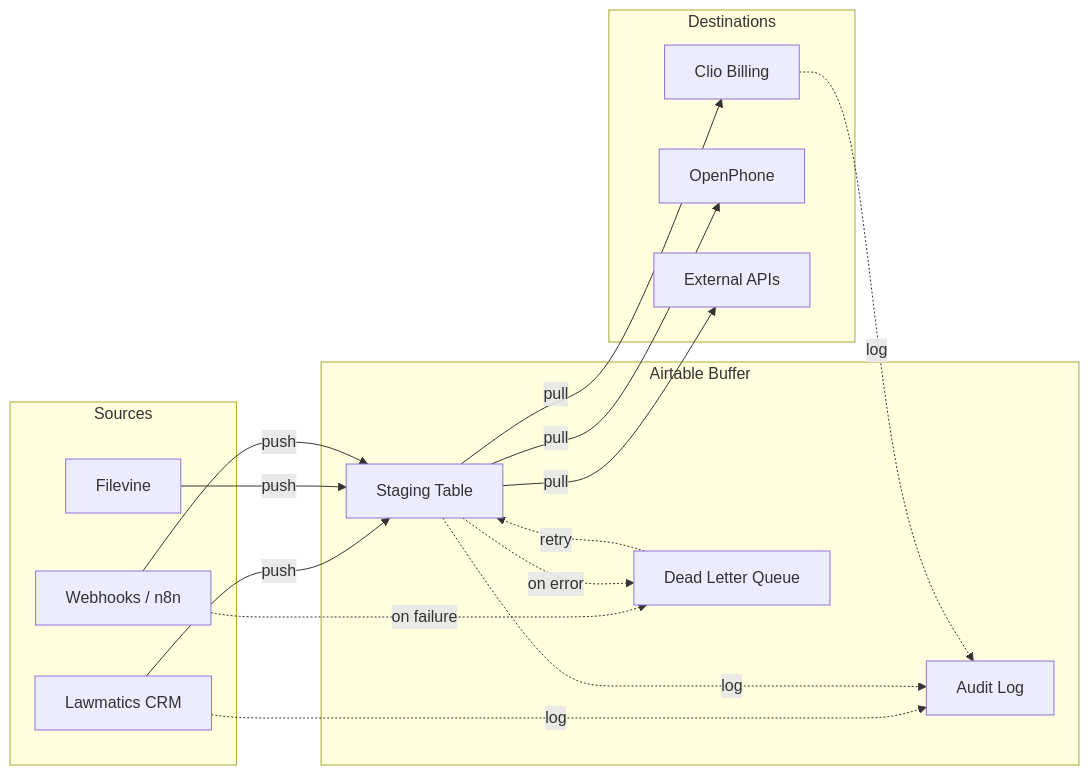
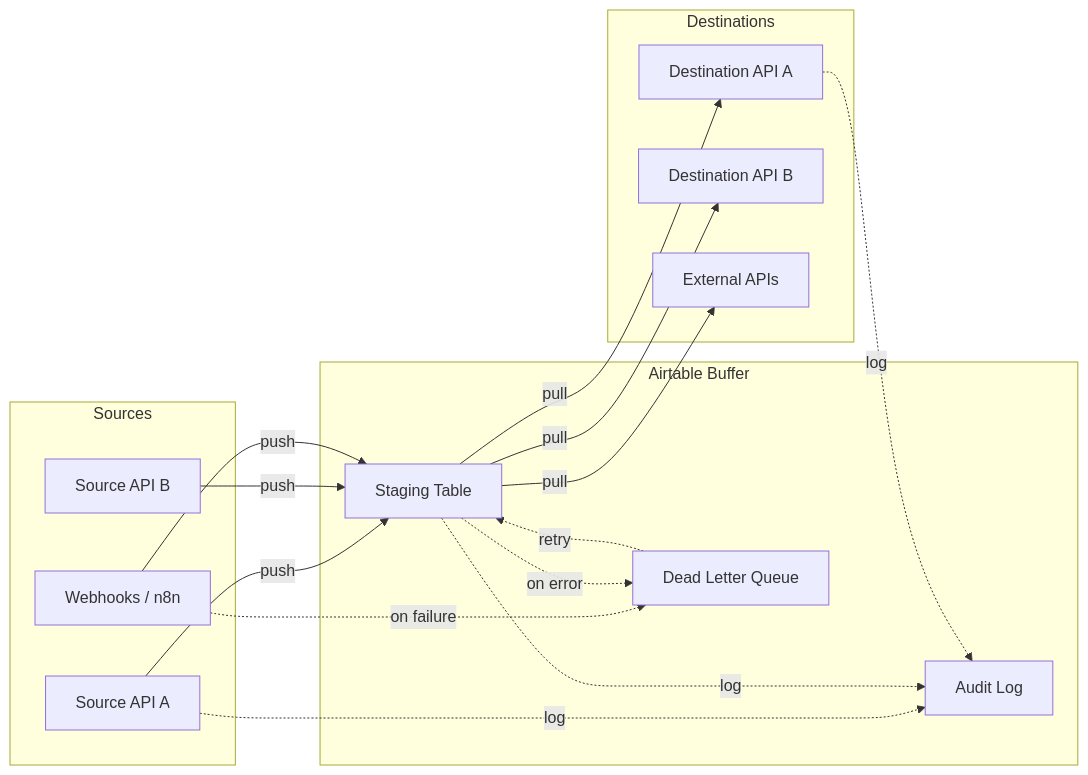
The diagram in README.md (lorenzespinosa/airtable-automation-toolkit), drawn with Mermaid before and after one commit. The commit also changed other lines of this file and 6 other files, not shown here.

````diff
--- a/README.md
+++ b/README.md
@@ -16,35 +16,35 @@
 ```mermaid
 graph LR
     subgraph Sources
-        A[Lawmatics CRM]
-        B[Filevine]
+        A[Source API A]
+        B[Source API B]
         C[Webhooks / n8n]
     end
 
     subgraph Airtable Buffer
         D[Staging Table]
         E[Dead Letter Queue]
         F[Audit Log]
     end
 
     subgraph Destinations
-        G[Clio Billing]
-        H[OpenPhone]
+        G[Destination API A]
+        H[Destination API B]
         I[External APIs]
     end
 
     A -->|push| D
     B -->|push| D
     C -->|push| D
     D -->|pull| G
     D -->|pull| H
     D -->|pull| I
 
     C -.->|on failure| E
     D -.->|on error| E
     E -.->|retry| D
 
     A -.->|log| F
     D -.->|log| F
     G -.->|log| F
 ```
````
